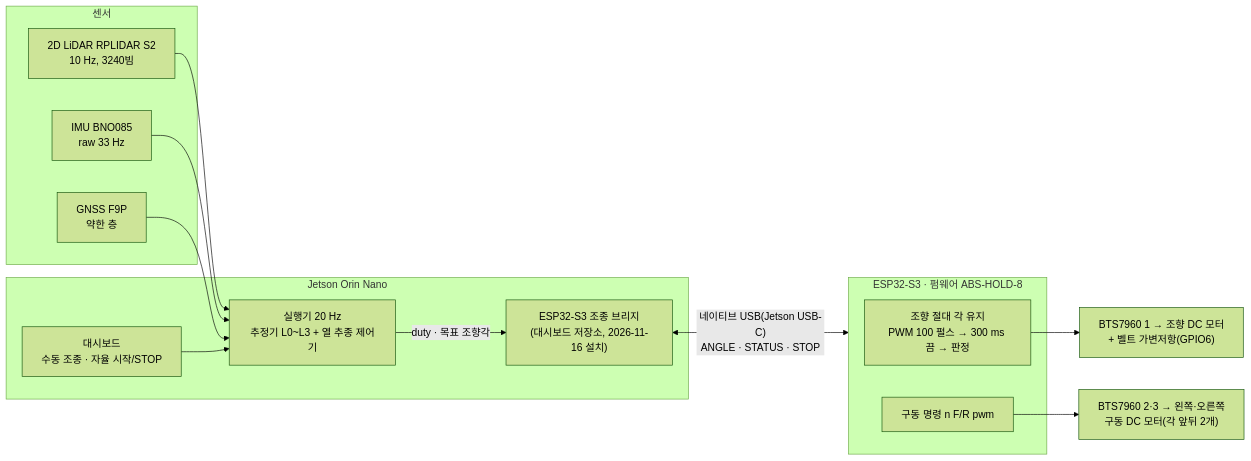
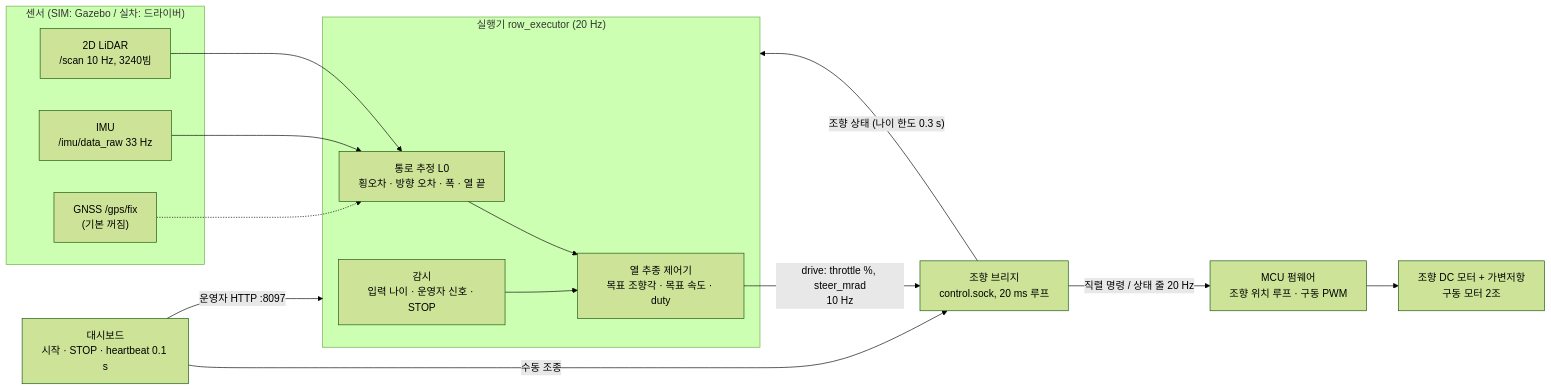
One commit to 2026-BTS-UNI-Car/unist_orchard_simulation changed the diagram in README.md. Above: the diagram before and after it, drawn with Mermaid (forest theme). The commit also changed other lines of this file and 3 other files, not shown here.

````diff
--- a/README.md
+++ b/README.md
@@ -56,25 +34,28 @@
 ```mermaid
 flowchart LR
-  subgraph SENS["센서"]
-    LI["2D LiDAR RPLIDAR S2<br/>10 Hz, 3240빔"]
-    IM["IMU BNO085<br/>raw 33 Hz"]
-    GN["GNSS F9P<br/>약한 층"]
+  subgraph SENS["센서 (SIM: Gazebo / 실차: 드라이버)"]
+    LI["2D LiDAR<br/>/scan 10 Hz, 3240빔"]
+    IM["IMU<br/>/imu/data_raw 33 Hz"]
+    GN["GNSS /gps/fix<br/>(기본 꺼짐)"]
   end
-  subgraph JET["Jetson Orin Nano"]
-    EXE["실행기 20 Hz<br/>추정기 L0~L3 + 열 추종 제어기"]
-    BR["ESP32-S3 조종 브리지<br/>(대시보드 저장소, 2026-11-16 설치)"]
-    DB["대시보드<br/>수동 조종 · 자율 시작/STOP"]
+  subgraph EXE["실행기 row_executor (20 Hz)"]
+    EST["통로 추정 L0<br/>횡오차 · 방향 오차 · 폭 · 열 끝"]
+    CTL["열 추종 제어기<br/>목표 조향각 · 목표 속도 · duty"]
+    SAFE["감시<br/>입력 나이 · 운영자 신호 · STOP"]
   end
-  subgraph ESP["ESP32-S3 · 펌웨어 ABS-HOLD-8"]
-    SV["조향 절대 각 유지<br/>PWM 100 펄스 → 300 ms 끔 → 판정"]
-    DR["구동 명령 n F/R pwm"]
-  end
-  LI --> EXE
-  IM --> EXE
-  GN --> EXE
-  DB --> EXE
-  EXE -->|"duty · 목표 조향각"| BR
-  BR <-->|"네이티브 USB(Jetson USB-C)<br/>ANGLE · STATUS · STOP"| ESP
-  SV --> SM["BTS7960 1 → 조향 DC 모터<br/>+ 벨트 가변저항(GPIO6)"]
-  DR --> DM["BTS7960 2·3 → 왼쪽·오른쪽<br/>구동 DC 모터(각 앞뒤 2개)"]
+  BR["조향 브리지<br/>control.sock, 20 ms 루프"]
+  MCU["MCU 펌웨어<br/>조향 위치 루프 · 구동 PWM"]
+  ACT["조향 DC 모터 + 가변저항<br/>구동 모터 2조"]
+  DB["대시보드<br/>시작 · STOP · heartbeat 0.1 s"]
+  LI --> EST
+  IM --> EST
+  GN -.-> EST
+  EST --> CTL
+  SAFE --> CTL
+  CTL -->|"drive: throttle %, steer_mrad<br/>10 Hz"| BR
+  BR -->|"직렬 명령 / 상태 줄 20 Hz"| MCU
+  MCU --> ACT
+  BR -->|"조향 상태 (나이 한도 0.3 s)"| EXE
+  DB -->|"운영자 HTTP :8097"| EXE
+  DB -->|"수동 조종"| BR
 ```
````
